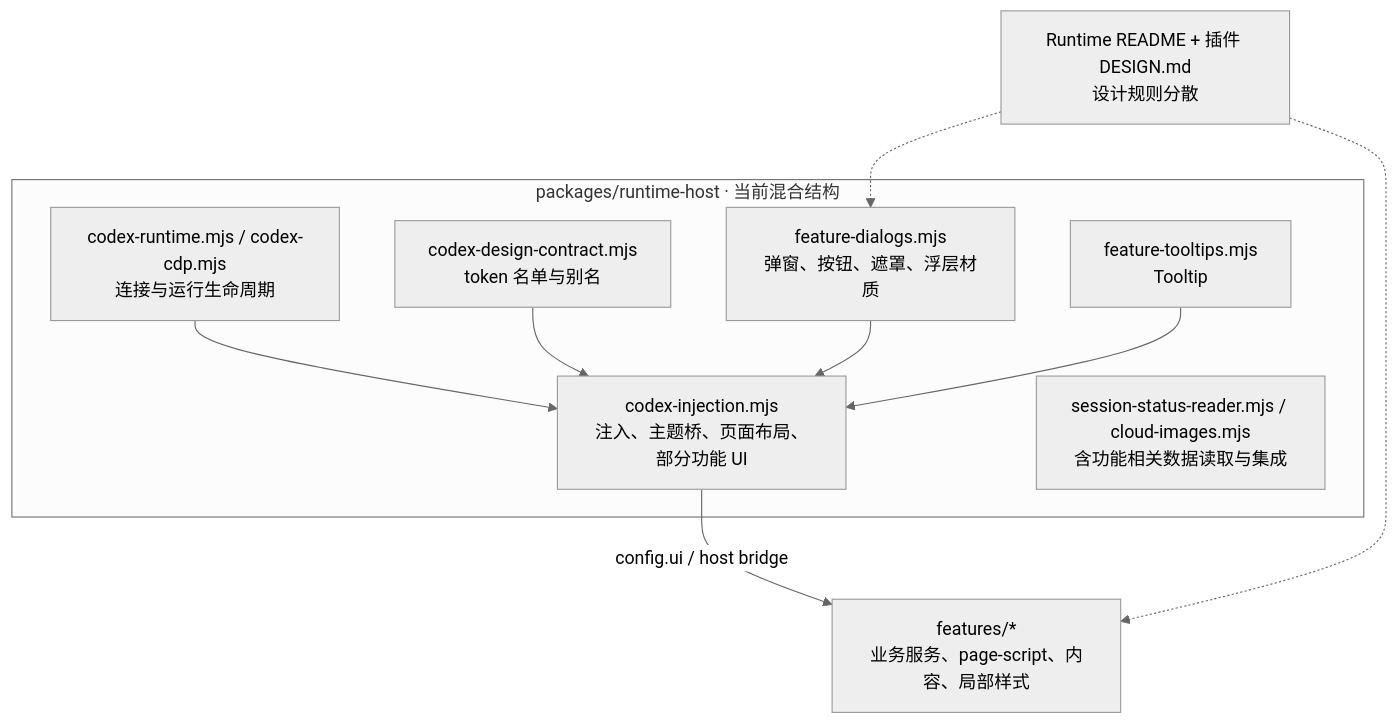
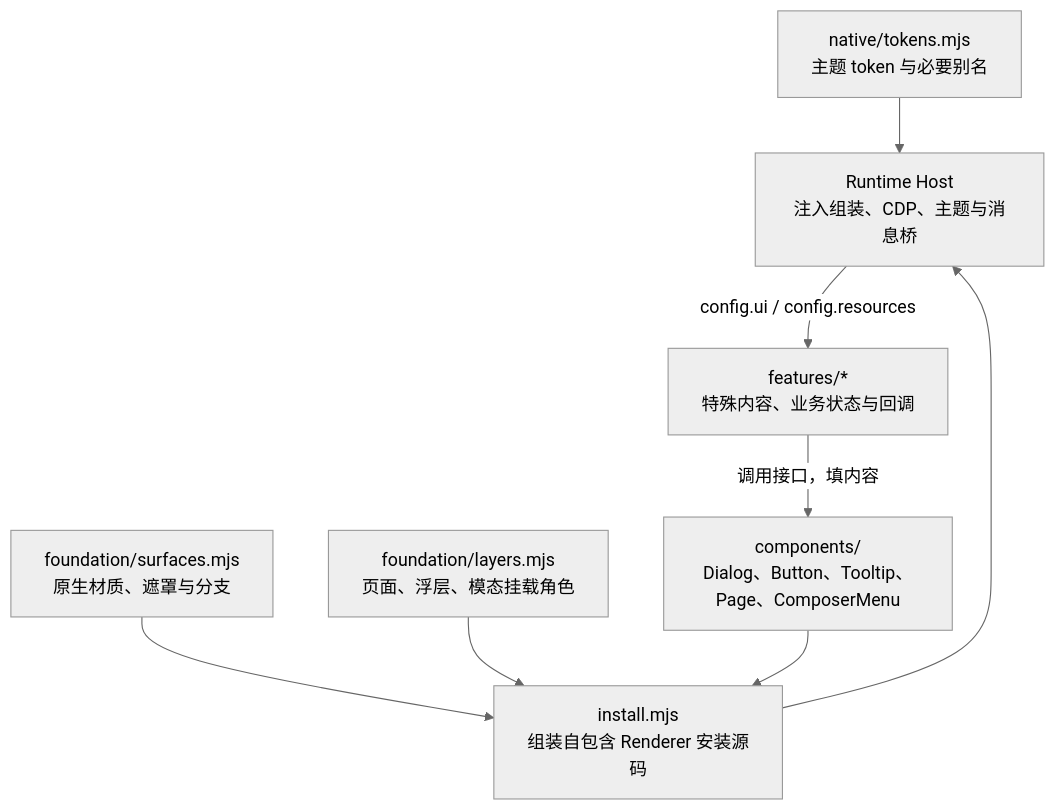
The diagram in packages/ui/ARCHITECTURE.md (Vontean/MineCodex), drawn with Mermaid (neutral theme) before and after one commit. The commit also changed other lines of this file and 68 other files, not shown here.

````diff
--- a/packages/ui/ARCHITECTURE.md
+++ b/packages/ui/ARCHITECTURE.md
@@ -7,20 +7,17 @@
 ```mermaid
 flowchart TB
-  subgraph Host["packages/runtime-host · 当前混合结构"]
-    Injection["codex-injection.mjs<br/>注入、主题桥、页面布局、部分功能 UI"]
-    Contract["codex-design-contract.mjs<br/>token 名单与别名"]
-    Dialogs["feature-dialogs.mjs<br/>弹窗、按钮、遮罩、浮层材质"]
-    Tips["feature-tooltips.mjs<br/>Tooltip"]
-    Runtime["codex-runtime.mjs / codex-cdp.mjs<br/>连接与运行生命周期"]
-    FeatureData["session-status-reader.mjs / cloud-images.mjs<br/>含功能相关数据读取与集成"]
-  end
-  Plugin["features/*<br/>业务服务、page-script、内容、局部样式"]
-  Rules["Runtime README + 插件 DESIGN.md<br/>设计规则分散"]
-  Runtime --> Injection
-  Contract --> Injection
-  Dialogs --> Injection
-  Tips --> Injection
-  Injection -->|"config.ui / host bridge"| Plugin
-  Rules -.-> Dialogs
-  Rules -.-> Plugin
+  Tokens["native/tokens.mjs<br/>主题 token 与必要别名"]
+  Surfaces["foundation/surfaces.mjs<br/>原生材质、遮罩与分支"]
+  Layers["foundation/layers.mjs<br/>页面、浮层、模态挂载角色"]
+  Components["components/<br/>Dialog、Button、Tooltip、Page、ComposerMenu"]
+  Install["install.mjs<br/>组装自包含 Renderer 安装源码"]
+  Host["Runtime Host<br/>注入组装、CDP、主题与消息桥"]
+  Plugin["features/*<br/>特殊内容、业务状态与回调"]
+  Surfaces --> Install
+  Layers --> Install
+  Components --> Install
+  Tokens --> Host
+  Install --> Host
+  Host -->|"config.ui / config.resources"| Plugin
+  Plugin -->|"调用接口，填内容"| Components
 ```
````
